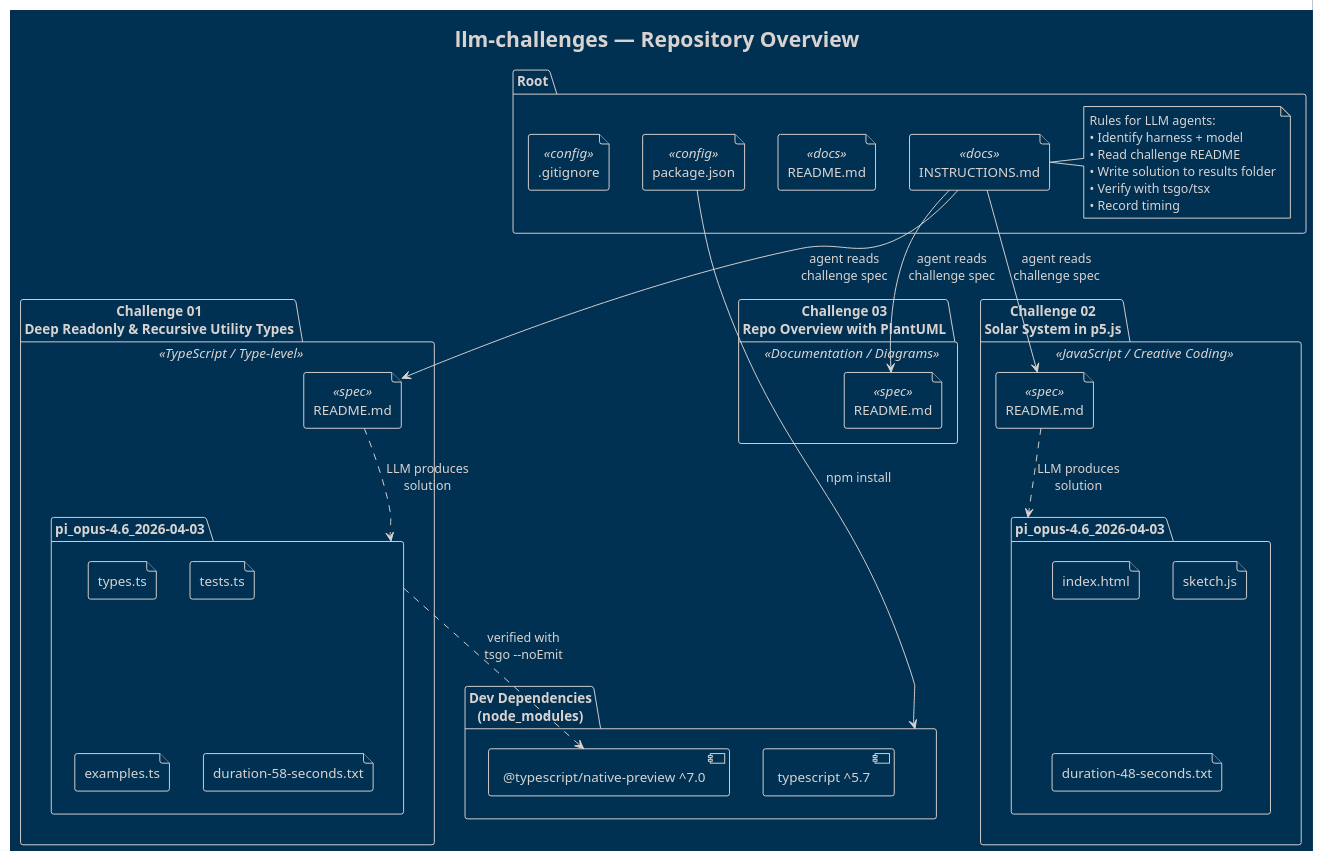
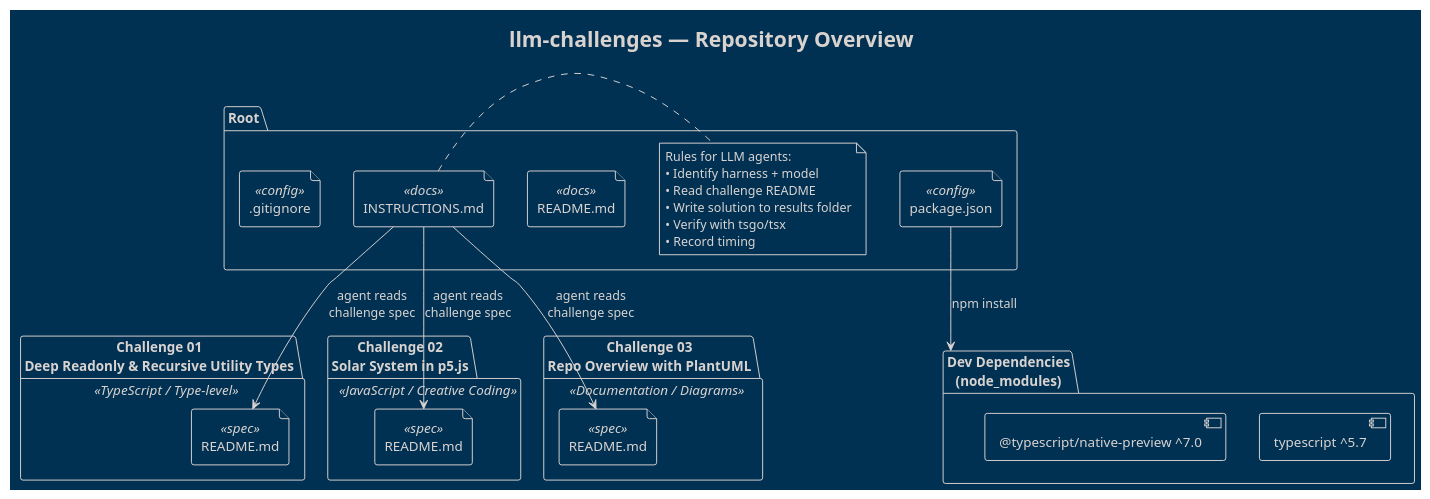
One commit to webbertakken/llm-challenges changed the diagram in challenge03-repo-overview-plantuml/pi_opus-4.6_2026-04-03/overview.puml. Above: the diagram before and after it, drawn with PlantUML. The commit also changed 2 other files, not shown here.

Commit message:
Exclude solution folders from challenge 03 diagrams
- Added requirement to challenge03 README
- Removed solution result folders from our overview.puml
- Removed results convention section from overview.md

```diff
--- a/challenge03-repo-overview-plantuml/pi_opus-4.6_2026-04-03/overview.puml
+++ b/challenge03-repo-overview-plantuml/pi_opus-4.6_2026-04-03/overview.puml
@@ -1,62 +1,47 @@
 @startuml llm-challenges-overview
 !theme blueprint
 
 title llm-challenges — Repository Overview
 
 package "Root" as root {
   file "README.md" as readme <<docs>>
   file "INSTRUCTIONS.md" as instructions <<docs>>
   file "package.json" as pkg <<config>>
   file ".gitignore" as gitignore <<config>>
 
   note right of instructions
     Rules for LLM agents:
     • Identify harness + model
     • Read challenge README
     • Write solution to results folder
     • Verify with tsgo/tsx
     • Record timing
   end note
 }
 
 package "Challenge 01\nDeep Readonly & Recursive Utility Types" as ch01 <<TypeScript / Type-level>> {
   file "README.md" as ch01_readme <<spec>>
-  package "pi_opus-4.6_2026-04-03" as ch01_result {
-    file "types.ts" as ch01_types
-    file "tests.ts" as ch01_tests
-    file "examples.ts" as ch01_examples
-    file "duration-58-seconds.txt" as ch01_dur
-  }
 }
 
 package "Challenge 02\nSolar System in p5.js" as ch02 <<JavaScript / Creative Coding>> {
   file "README.md" as ch02_readme <<spec>>
-  package "pi_opus-4.6_2026-04-03" as ch02_result {
-    file "index.html" as ch02_html
-    file "sketch.js" as ch02_sketch
-    file "duration-48-seconds.txt" as ch02_dur
-  }
 }
 
 package "Challenge 03\nRepo Overview with PlantUML" as ch03 <<Documentation / Diagrams>> {
   file "README.md" as ch03_readme <<spec>>
 }
 
 ' Dependencies
 package "Dev Dependencies\n(node_modules)" as deps {
   component "typescript ^5.7" as ts
   component "@typescript/native-preview ^7.0" as tsgo
 }
 
 ' Relationships
 instructions --> ch01_readme : "agent reads\nchallenge spec"
 instructions --> ch02_readme : "agent reads\nchallenge spec"
 instructions --> ch03_readme : "agent reads\nchallenge spec"
 
-ch01_readme ..> ch01_result : "LLM produces\nsolution"
-ch02_readme ..> ch02_result : "LLM produces\nsolution"
-
 pkg --> deps : "npm install"
-ch01_result ..> tsgo : "verified with\ntsgo --noEmit"
 
 @enduml
```
